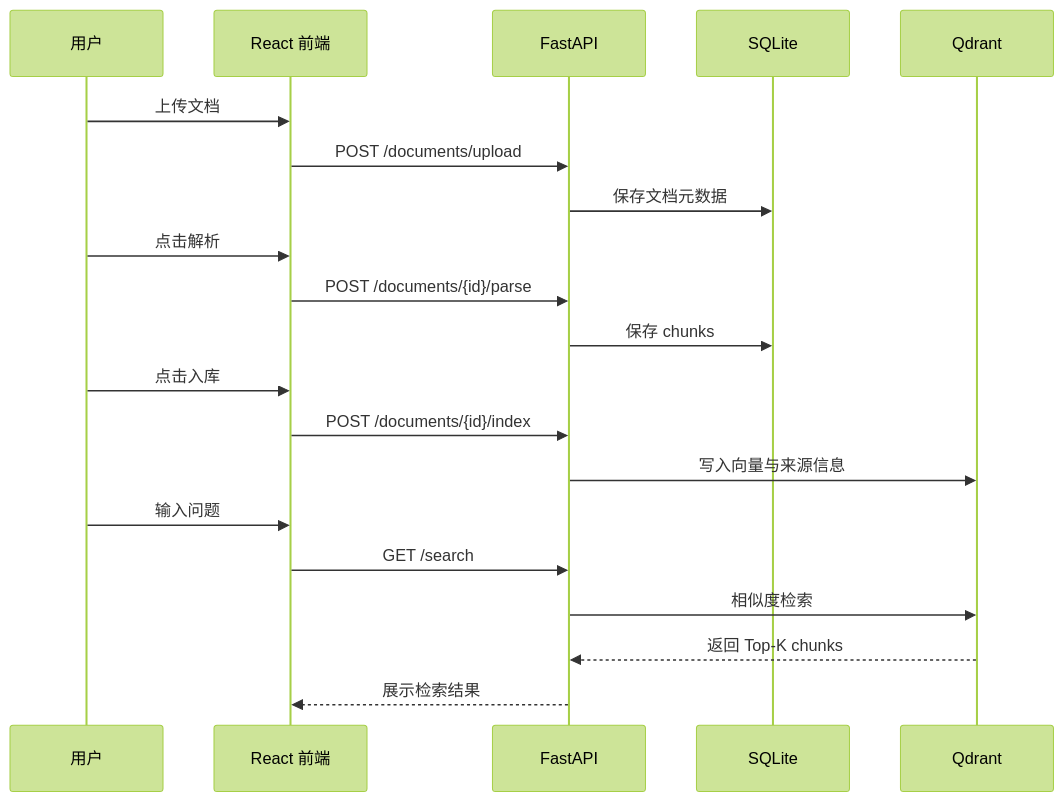
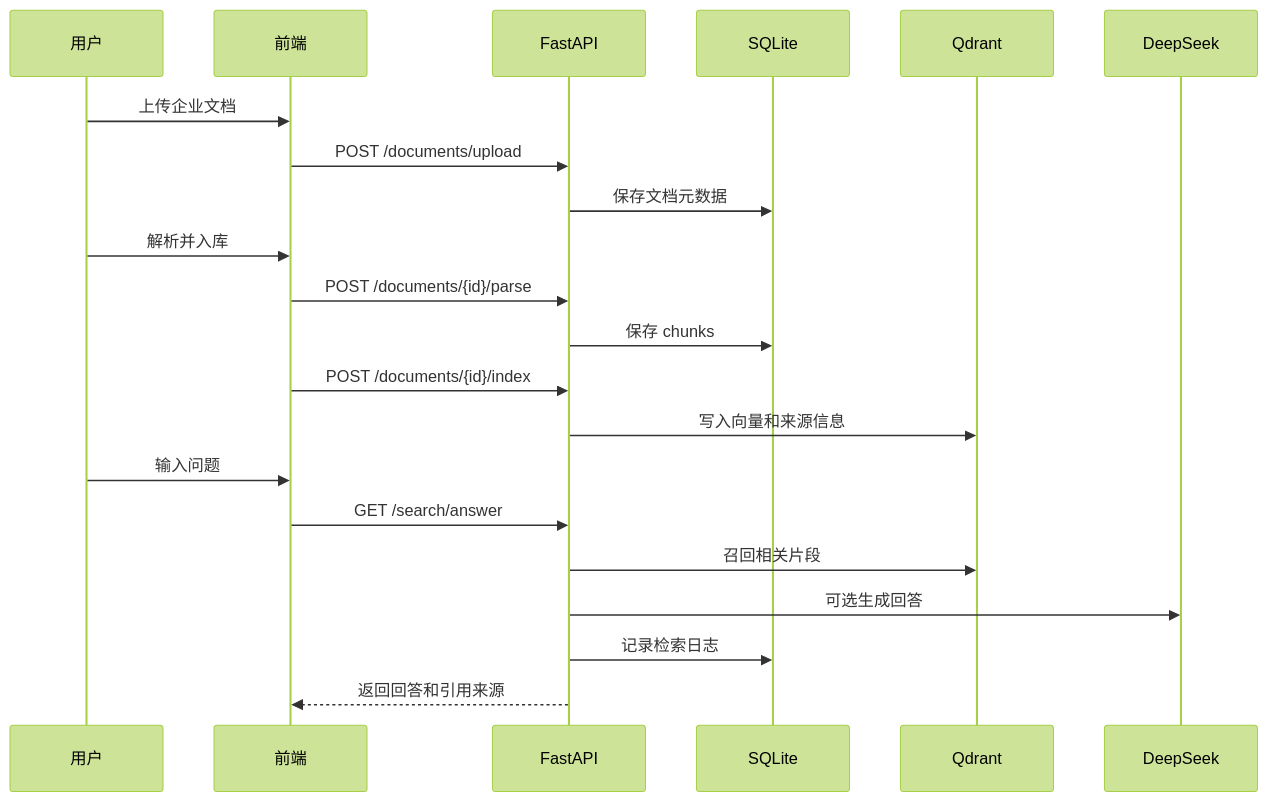
Before and after one commit to yloi39s2gz-cell/Knowledge-RAG: the second of 2 diagrams in README.md, drawn with Mermaid (forest theme). The commit also changed other lines of this file, not shown here.

````diff
--- a/README.md
+++ b/README.md
@@ -48,23 +68,24 @@
 ```mermaid
 sequenceDiagram
     participant User as 用户
-    participant Web as React 前端
+    participant Web as 前端
     participant API as FastAPI
     participant DB as SQLite
-    participant Vec as Qdrant
+    participant Vector as Qdrant
+    participant LLM as DeepSeek
 
-    User->>Web: 上传文档
+    User->>Web: 上传企业文档
     Web->>API: POST /documents/upload
     API->>DB: 保存文档元数据
-    User->>Web: 点击解析
+    User->>Web: 解析并入库
     Web->>API: POST /documents/{id}/parse
     API->>DB: 保存 chunks
-    User->>Web: 点击入库
     Web->>API: POST /documents/{id}/index
-    API->>Vec: 写入向量与来源信息
+    API->>Vector: 写入向量和来源信息
     User->>Web: 输入问题
-    Web->>API: GET /search
-    API->>Vec: 相似度检索
-    Vec-->>API: 返回 Top-K chunks
-    API-->>Web: 展示检索结果
+    Web->>API: GET /search/answer
+    API->>Vector: 召回相关片段
+    API->>LLM: 可选生成回答
+    API->>DB: 记录检索日志
+    API-->>Web: 返回回答和引用来源
 ```
````
